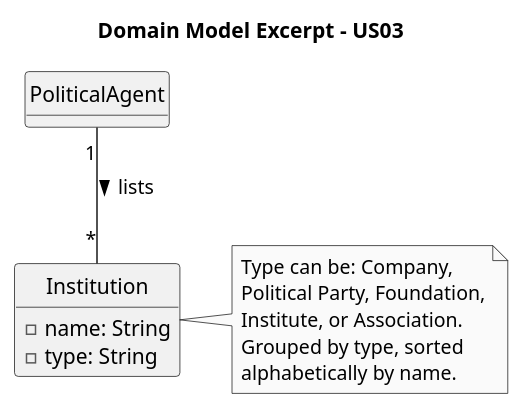
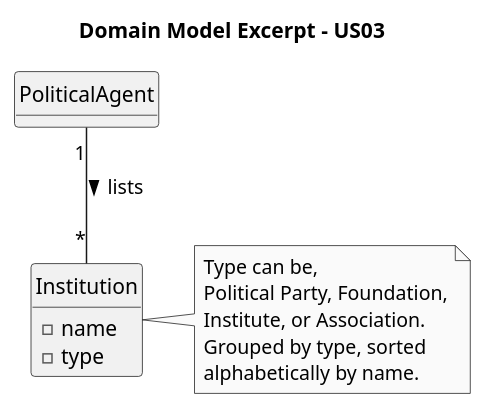
One commit to brunodspinto/crystal-clear-platform changed the diagram in docs/system-documentation/US03/02.analysis/puml/US03-DM.puml. Above: the diagram before and after it, drawn with PlantUML. The commit also changed 26 other files, not shown here.

```diff
--- a/docs/system-documentation/US03/02.analysis/puml/US03-DM.puml
+++ b/docs/system-documentation/US03/02.analysis/puml/US03-DM.puml
@@ -1,29 +1,29 @@
 @startuml
 skinparam monochrome true
 skinparam packageStyle rectangle
 skinparam shadowing false
 
 hide circle
 hide methods
 
 title Domain Model Excerpt - US03
 
 class PoliticalAgent {
 }
 
 class Institution {
-    - name: String
-    - type: String
+    - name
+    - type
 }
 
 PoliticalAgent "1" -- "*" Institution : lists >
 
 note right of Institution
-  Type can be: Company,
+  Type can be,
   Political Party, Foundation,
   Institute, or Association.
   Grouped by type, sorted
   alphabetically by name.
 end note
 
 @enduml
```
